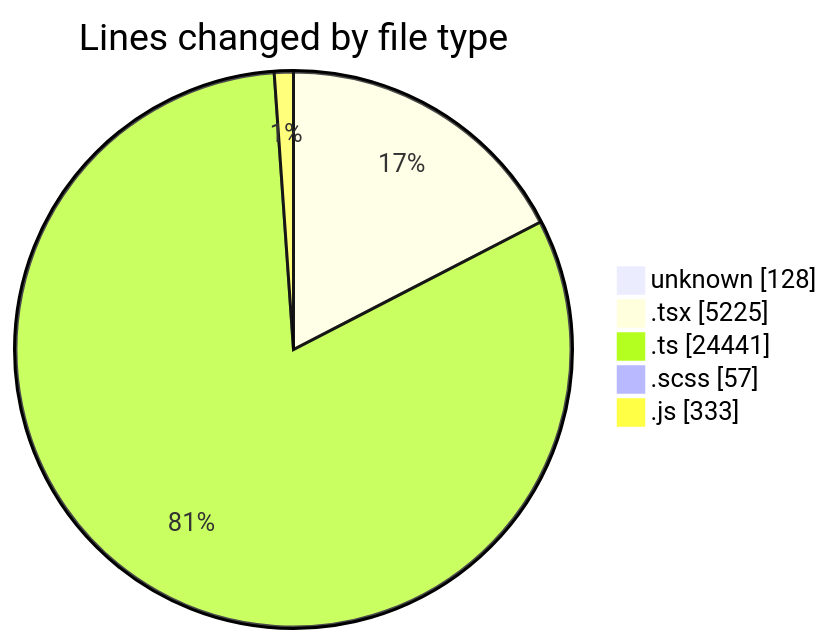
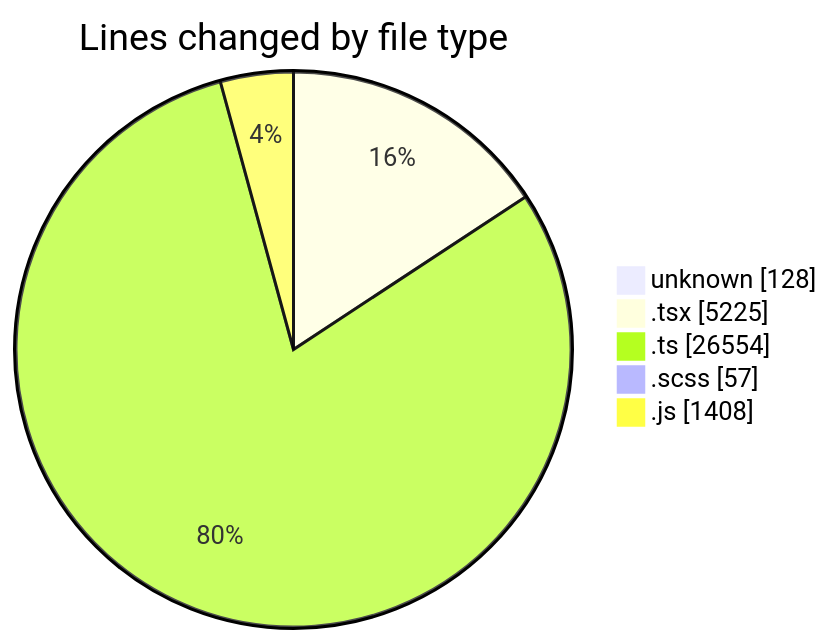
One commit to momahboobian/code-tracking changed the first of 2 diagrams in 2026-09-23/cda/README.md. Above: the diagram before and after it, drawn with Mermaid. The commit also changed other lines of this file and 1 other file, not shown here.

````diff
--- a/2026-09-23/cda/README.md
+++ b/2026-09-23/cda/README.md
@@ -59,9 +59,9 @@
 ```mermaid
 pie showData
 title Lines changed by file type
 "unknown" : 128
 ".tsx" : 5225
-".ts" : 24441
+".ts" : 26554
 ".scss" : 57
-".js" : 333
+".js" : 1408
 ```
````
